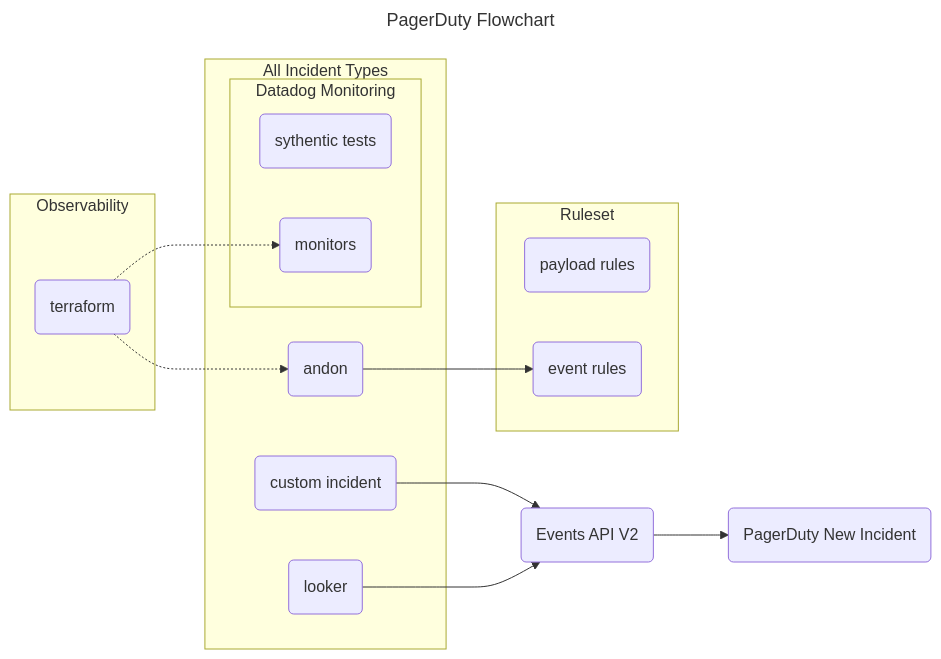
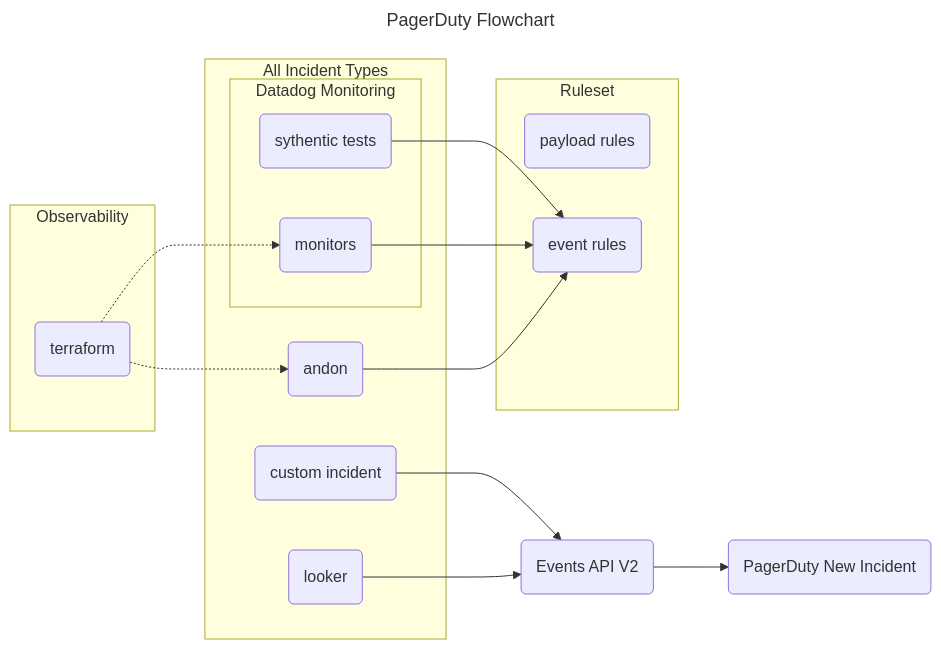
The diagram in diagrams/diagram2.mmd (jessicahirsch/Mermaid-Diagrams), drawn with Mermaid before and after one commit.

Commit message:
feat: synthetic tests and monitors to event rules in Ruleset subgraph

```diff
--- a/diagrams/diagram2.mmd
+++ b/diagrams/diagram2.mmd
@@ -1,32 +1,34 @@
 ---
 title: PagerDuty Flowchart
 ---
 flowchart LR
 
 subgraph Observability
     A(terraform)
 end
 
 subgraph All Incident Types
     subgraph Datadog Monitoring
         B(sythentic tests)
         A(terraform)-.->C(monitors)
     end
     D(andon)
     A(terraform)-.->D(andon)
     E(custom incident)
     F(looker)
 end
 
 E(custom incident)-->G(Events API V2)
 F(looker)-->G(Events API 2)
 
 G(Events API V2)-->H(PagerDuty New Incident)
 
 subgraph Ruleset
     I(payload rules)
+    B(sythentic tests)-->J(event rules)
+    C(monitors)-->J(event rules)
     D(andon)-->J(event rules)
 end
 
 %% style A fill:#f9f,stroke:#333,stroke-width:4px
 %% style Observability font-weight:bold
```
